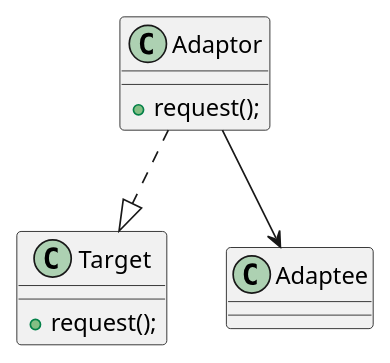
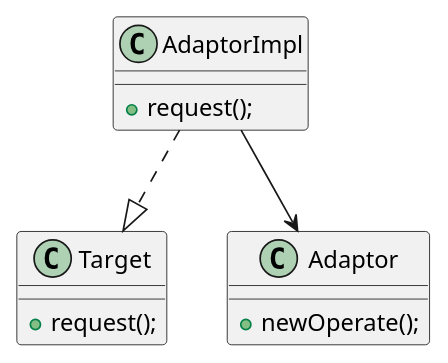
The diagram in src/main/java/StructurePattern/adatorPattern/AdaptorStructure.puml (ruochenliao/designpattern), drawn with PlantUML before and after one commit.

Commit message:
组合

```diff
--- a/src/main/java/StructurePattern/adatorPattern/AdaptorStructure.puml
+++ b/src/main/java/StructurePattern/adatorPattern/AdaptorStructure.puml
@@ -1,14 +1,18 @@
 @startuml
 
 class Target{
     +request();
 }
 
-class Adaptor{
+class AdaptorImpl{
     +request();
 }
 
-Adaptor ..|> Target
-Adaptor --> Adaptee
+class Adaptor{
+    +newOperate();
+}
+
+AdaptorImpl ..|> Target
+AdaptorImpl --> Adaptor
 
 @enduml
```
